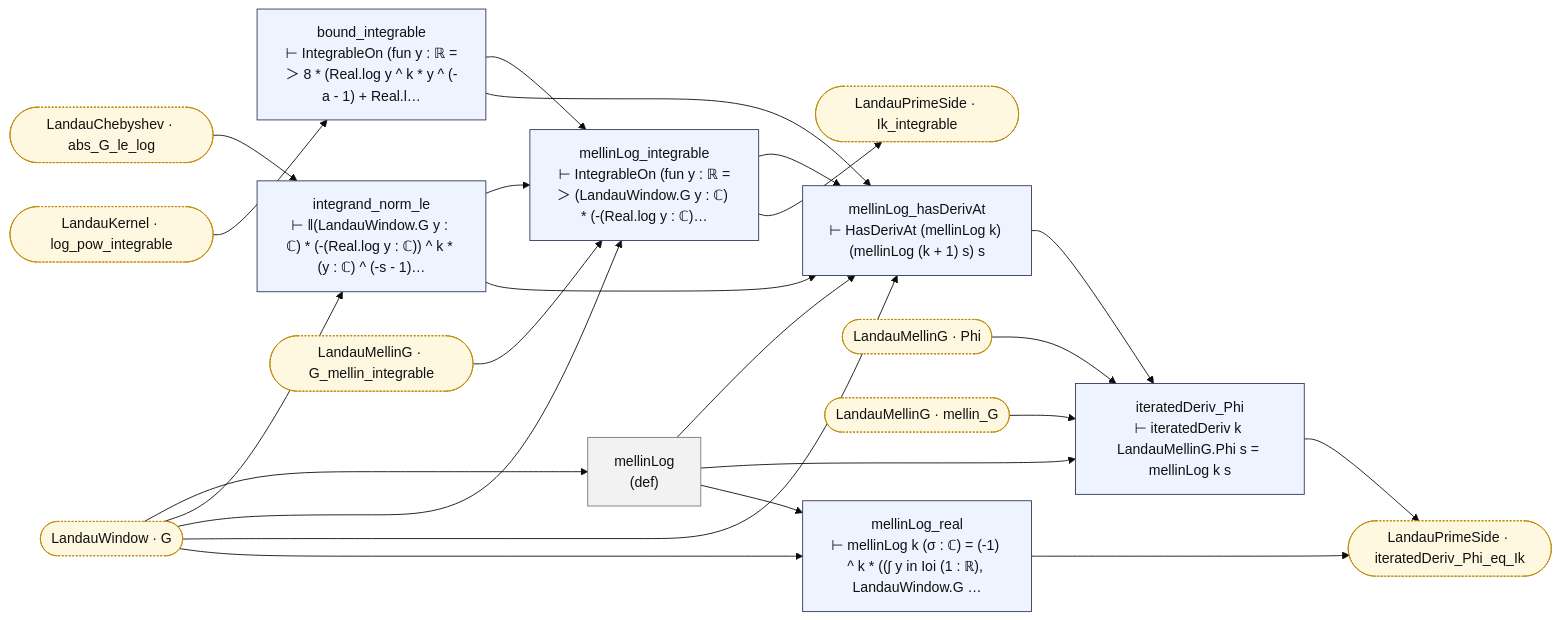
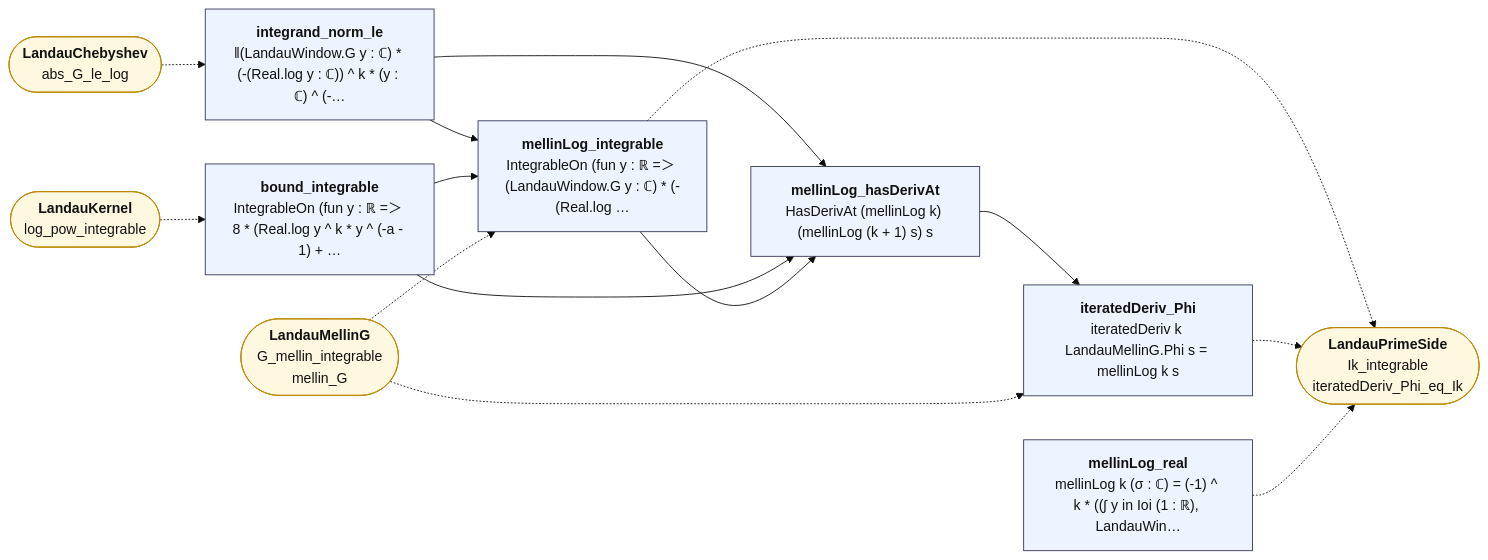
Before and after one commit to juliansambranojr/Primebeat_081426: the diagram in map/lean_stage3/LandauTaylor.md, drawn with Mermaid (base theme). The commit also changed other lines of this file and 387 other files, not shown here.

````diff
--- a/map/lean_stage3/LandauTaylor.md
+++ b/map/lean_stage3/LandauTaylor.md
@@ -8,46 +12,31 @@
 ```mermaid
 flowchart LR
-  n0["mellinLog<br/>(def)"]:::dfn
-  n1["integrand_norm_le<br/>⊢ ‖(LandauWindow.G y : ℂ) * (-(Real.log y : ℂ)) ^ k * (y : ℂ) ^ (-s - 1)…"]:::thm
-  n2["bound_integrable<br/>⊢ IntegrableOn (fun y : ℝ =＞ 8 * (Real.log y ^ k * y ^ (-a - 1) + Real.l…"]:::thm
-  n3["mellinLog_integrable<br/>⊢ IntegrableOn (fun y : ℝ =＞ (LandauWindow.G y : ℂ) * (-(Real.log y : ℂ)…"]:::thm
-  n4["mellinLog_hasDerivAt<br/>⊢ HasDerivAt (mellinLog k) (mellinLog (k + 1) s) s"]:::thm
-  n5["iteratedDeriv_Phi<br/>⊢ iteratedDeriv k LandauMellinG.Phi s = mellinLog k s"]:::thm
-  n6["mellinLog_real<br/>⊢ mellinLog k (σ : ℂ) = (-1) ^ k * ((∫ y in Ioi (1 : ℝ), LandauWindow.G …"]:::thm
-  x0(["LandauChebyshev · abs_G_le_log"]):::ext
-  x1(["LandauKernel · log_pow_integrable"]):::ext
-  x2(["LandauMellinG · G_mellin_integrable"]):::ext
-  x3(["LandauMellinG · Phi"]):::ext
-  x4(["LandauMellinG · mellin_G"]):::ext
-  x5(["LandauPrimeSide · Ik_integrable"]):::ext
-  x6(["LandauPrimeSide · iteratedDeriv_Phi_eq_Ik"]):::ext
-  x7(["LandauWindow · G"]):::ext
-  n0 --> n4
-  n0 --> n5
-  n0 --> n6
+  n0["<b>integrand_norm_le</b><br/>‖(LandauWindow.G y : ℂ) * (-(Real.log y : ℂ)) ^ k * (y : ℂ) ^ (-…"]:::thm
+  n1["<b>bound_integrable</b><br/>IntegrableOn (fun y : ℝ =＞ 8 * (Real.log y ^ k * y ^ (-a - 1) + …"]:::thm
+  n2["<b>mellinLog_integrable</b><br/>IntegrableOn (fun y : ℝ =＞ (LandauWindow.G y : ℂ) * (-(Real.log …"]:::thm
+  n3["<b>mellinLog_hasDerivAt</b><br/>HasDerivAt (mellinLog k) (mellinLog (k + 1) s) s"]:::thm
+  n4["<b>iteratedDeriv_Phi</b><br/>iteratedDeriv k LandauMellinG.Phi s = mellinLog k s"]:::thm
+  n5["<b>mellinLog_real</b><br/>mellinLog k (σ : ℂ) = (-1) ^ k * ((∫ y in Ioi (1 : ℝ), LandauWin…"]:::thm
+  x0(["<b>LandauChebyshev</b><br/>abs_G_le_log"]):::ext
+  x1(["<b>LandauKernel</b><br/>log_pow_integrable"]):::ext
+  x2(["<b>LandauMellinG</b><br/>G_mellin_integrable<br/>mellin_G"]):::ext
+  x3(["<b>LandauPrimeSide</b><br/>Ik_integrable<br/>iteratedDeriv_Phi_eq_Ik"]):::ext
+  n0 --> n2
+  n0 --> n3
+  n1 --> n2
   n1 --> n3
-  n1 --> n4
   n2 --> n3
-  n2 --> n4
   n3 --> n4
-  n3 --> x5
-  n4 --> n5
-  n5 --> x6
-  n6 --> x6
-  x0 --> n1
-  x1 --> n2
-  x2 --> n3
-  x3 --> n5
-  x4 --> n5
-  x7 --> n0
-  x7 --> n1
-  x7 --> n3
-  x7 --> n4
-  x7 --> n6
+  n2 -.-> x3
+  n4 -.-> x3
+  n5 -.-> x3
+  x0 -.-> n0
+  x1 -.-> n1
+  x2 -.-> n2
+  x2 -.-> n4
   classDef thm fill:#eef4ff,stroke:#335,color:#111
-  classDef dfn fill:#f2f2f2,stroke:#777,color:#111
   classDef end_ fill:#e7f7e7,stroke:#2a7,color:#111,stroke-width:2px
   classDef lone fill:#fff,stroke:#999,color:#111,stroke-dasharray:4 3
   classDef bad fill:#ffe5e5,stroke:#c22,color:#111,stroke-width:2px
-  classDef ext fill:#fff8e1,stroke:#b80,color:#111,stroke-dasharray:2 2
+  classDef ext fill:#fff8e1,stroke:#b80,color:#111
 ```
````
